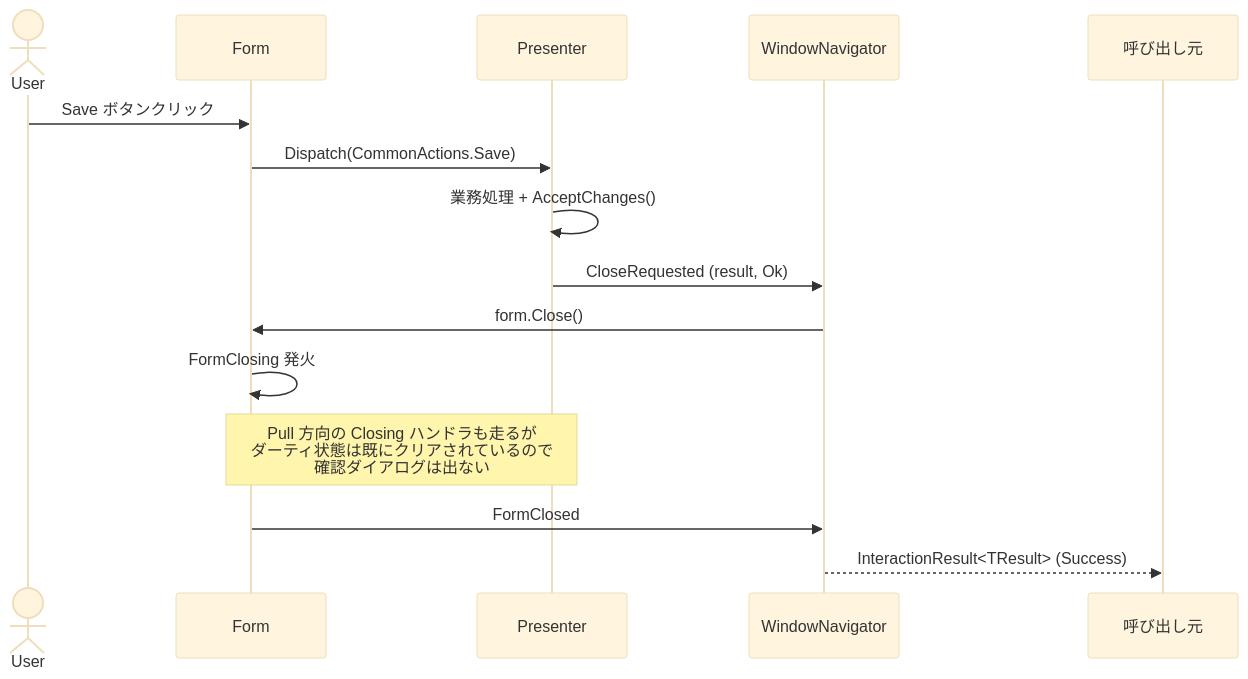
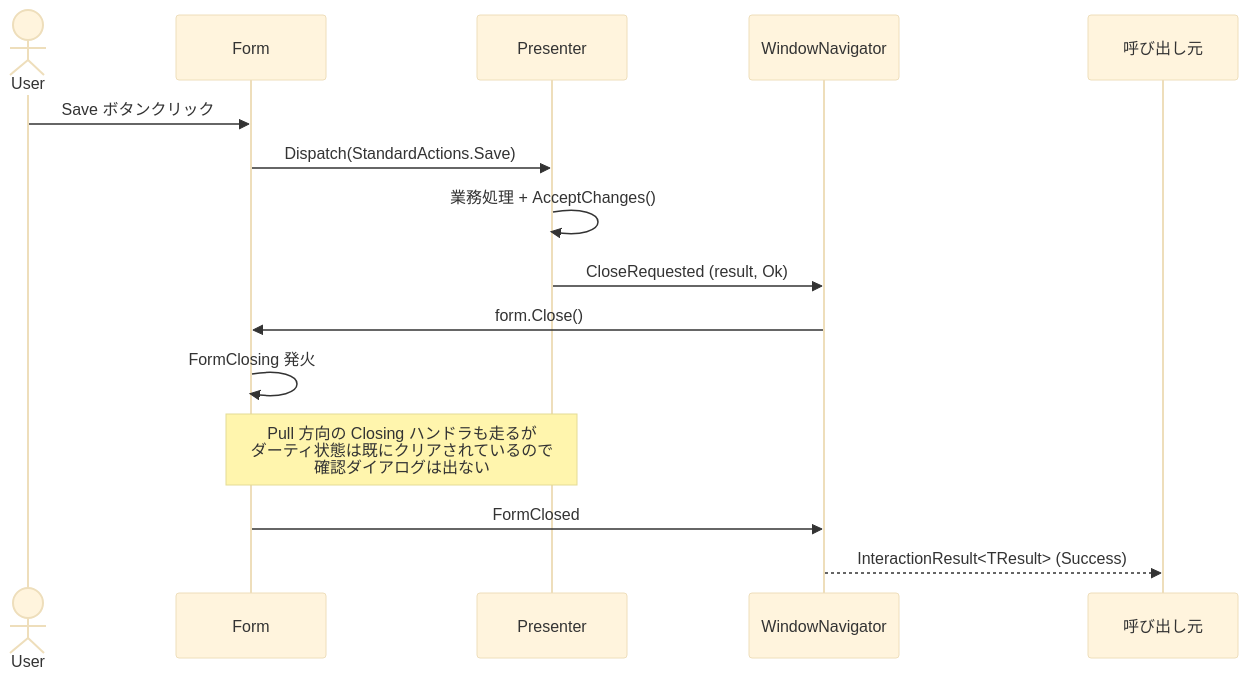
One commit to VoidAxon/winforms-mvp changed the first of 2 diagrams in wiki/Concept-Window-Closing-Model.md. Above: the diagram before and after it, drawn with Mermaid (base theme). The commit also changed 18 other files, not shown here.

````diff
--- a/wiki/Concept-Window-Closing-Model.md
+++ b/wiki/Concept-Window-Closing-Model.md
@@ -31,18 +31,18 @@
 ```mermaid
 sequenceDiagram
     actor User
     participant Form
     participant Presenter
     participant Navigator as WindowNavigator
     participant Caller as 呼び出し元
 
     User->>Form: Save ボタンクリック
-    Form->>Presenter: Dispatch(CommonActions.Save)
+    Form->>Presenter: Dispatch(StandardActions.Save)
     Presenter->>Presenter: 業務処理 + AcceptChanges()
     Presenter->>Navigator: CloseRequested (result, Ok)
     Navigator->>Form: form.Close()
     Form->>Form: FormClosing 発火
     Note over Form,Presenter: Pull 方向の Closing ハンドラも走るが<br/>ダーティ状態は既にクリアされているので<br/>確認ダイアログは出ない
     Form->>Navigator: FormClosed
     Navigator-->>Caller: InteractionResult<TResult> (Success)
 ```
````
